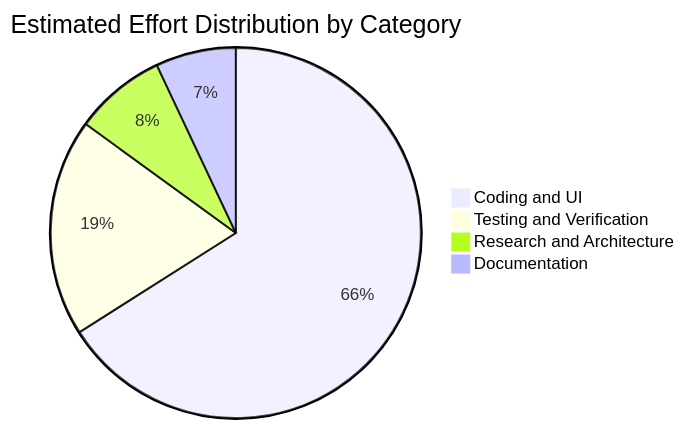
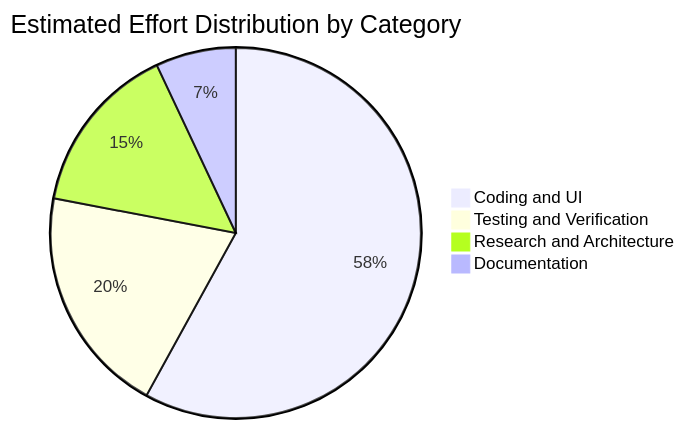
One commit to roger64s/CodeWithKris changed the first of 2 diagrams in docs/PROJECT_SUMMARY.md. Above: the diagram before and after it, drawn with Mermaid. The commit also changed other lines of this file and 26 other files, not shown here.

````diff
--- a/docs/PROJECT_SUMMARY.md
+++ b/docs/PROJECT_SUMMARY.md
@@ -23,7 +23,7 @@
 ```mermaid
 pie title Estimated Effort Distribution by Category
-    "Coding and UI" : 66
-    "Testing and Verification" : 19
-    "Research and Architecture" : 8
+    "Coding and UI" : 58
+    "Testing and Verification" : 20
+    "Research and Architecture" : 15
     "Documentation" : 7
 ```
````
